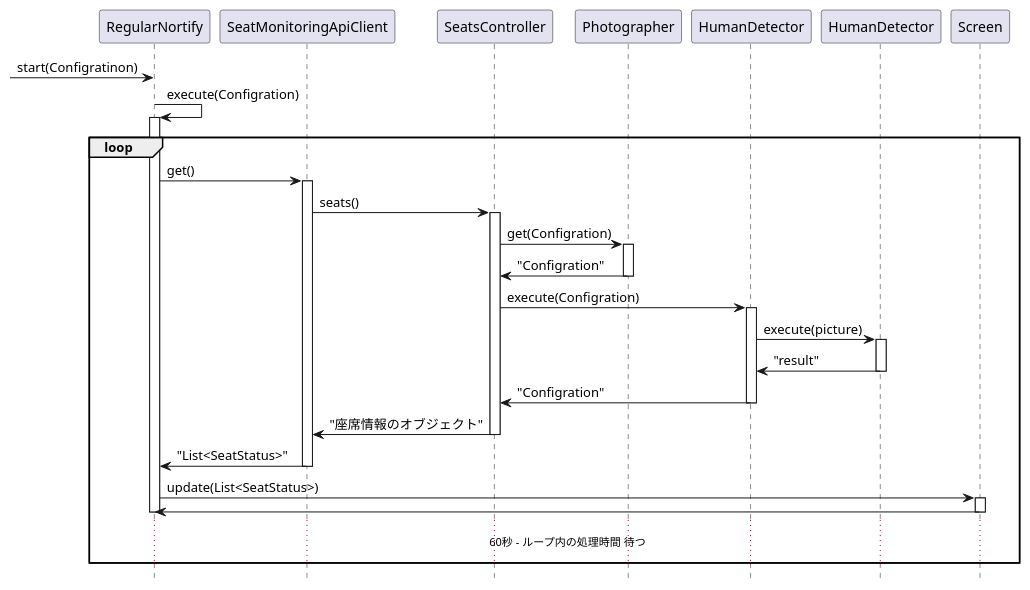
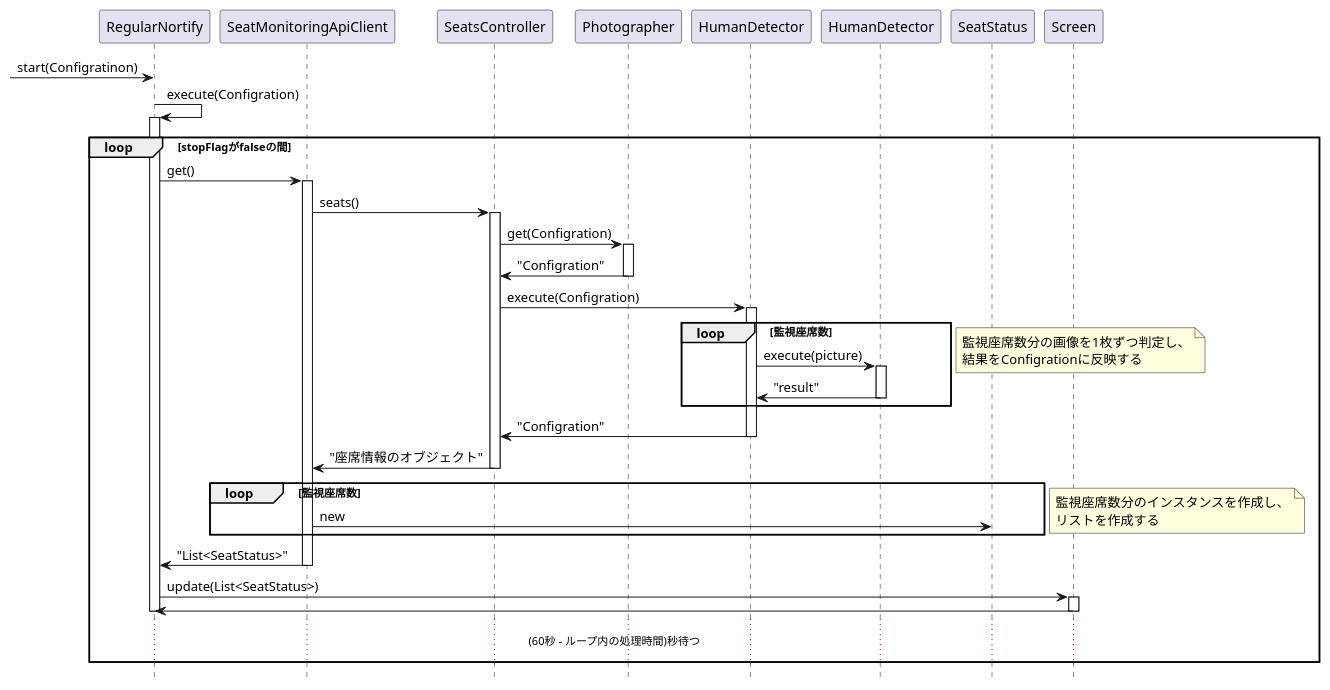
Before and after one commit to KeisukeSugita/Seat-monitoring-system: the diagram in doc/詳細設計/詳細設計書/構成図/座席状態確認シーケンス図2.pu, drawn with PlantUML. The commit also changed 2 other files, not shown here.

```diff
--- a/doc/詳細設計/詳細設計書/構成図/座席状態確認シーケンス図2.pu
+++ b/doc/詳細設計/詳細設計書/構成図/座席状態確認シーケンス図2.pu
@@ -1,55 +1,70 @@
-@startuml 画面処理シーケンス図2
+@startuml 座席状態確認シーケンス図2
 hide footbox
 
-participant "RegularNortify"
+participant "RegularNortify" as RegularNortify
 participant "SeatMonitoringApiClient" as SeatMonitoringApiClient
 participant "SeatsController" as SeatsController
 participant "Photographer" as Photographer
 participant "HumanDetector" as CsHumanDetector
 participant "HumanDetector" as CppHumanDetector
+participant "SeatStatus" as SeatStatus
+participant "Screen" as Screen
 
 -> RegularNortify :start(Configratinon)
 
 RegularNortify -> RegularNortify : execute(Configration)
 activate RegularNortify
 
-loop 
+loop stopFlagがfalseの間
 	RegularNortify -> SeatMonitoringApiClient : get()
 	activate SeatMonitoringApiClient
 
 	SeatMonitoringApiClient -> SeatsController : seats()
 	activate SeatsController
 
 	SeatsController -> Photographer : get(Configration)
 	activate Photographer
 
 	SeatsController <- Photographer : "Configration"
 	deactivate Photographer
 
 	SeatsController -> CsHumanDetector : execute(Configration)
 	activate CsHumanDetector
 
-	CsHumanDetector -> CppHumanDetector : execute(picture)
-	activate CppHumanDetector
-
-	CsHumanDetector <- CppHumanDetector : "result"
-	deactivate CppHumanDetector
-
+	loop 監視座席数
+		CsHumanDetector -> CppHumanDetector : execute(picture)
+		activate CppHumanDetector
+		CsHumanDetector <- CppHumanDetector : "result"
+		deactivate CppHumanDetector
+	end
+	note right
+		監視座席数分の画像を1枚ずつ判定し、
+		結果をConfigrationに反映する
+	end note
+	
 	SeatsController <- CsHumanDetector : "Configration"
 	deactivate CsHumanDetector
 
 	SeatMonitoringApiClient <- SeatsController : "座席情報のオブジェクト"
 	deactivate SeatsController
+
+	loop 監視座席数
+		SeatMonitoringApiClient -> SeatStatus :new
+	end
+	note right
+		監視座席数分のインスタンスを作成し、
+		リストを作成する
+	end note
 
 	RegularNortify <- SeatMonitoringApiClient : "List<SeatStatus>"
 	deactivate SeatMonitoringApiClient
 
 	RegularNortify -> Screen : update(List<SeatStatus>)
 	activate Screen
 	RegularNortify <- Screen
 	deactivate Screen
 	deactivate RegularNortify
-	... 60秒 - ループ内の処理時間 待つ ...
+	... (60秒 - ループ内の処理時間)秒待つ ...
 end
 
 @enduml
```
